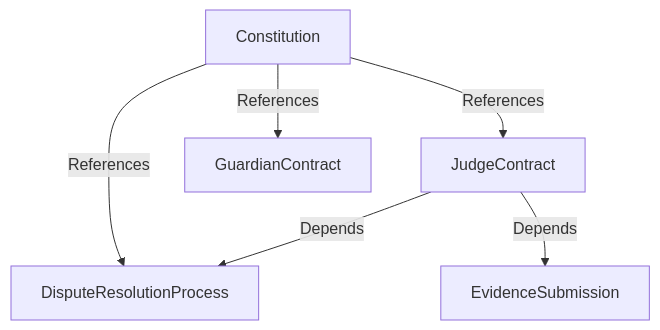
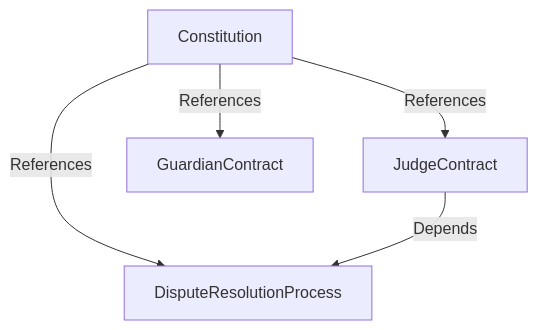
One commit to nation3/law changed the third of 3 diagrams in README.md. Above: the diagram before and after it, drawn with Mermaid. The commit also changed 1 other file, not shown here.

Commit message:
Rename Evidence Submission to Dispute Resolution

````diff
--- a/README.md
+++ b/README.md
@@ -67,8 +67,7 @@
 ```mermaid
 graph TD
     Constitution -->|References| JudgeContract
     Constitution -->|References| GuardianContract
     Constitution -->|References| DisputeResolutionProcess
     JudgeContract -->|Depends| DisputeResolutionProcess
-    JudgeContract -->|Depends| EvidenceSubmission
 ```
````
